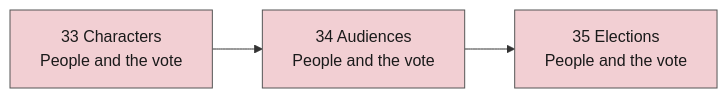
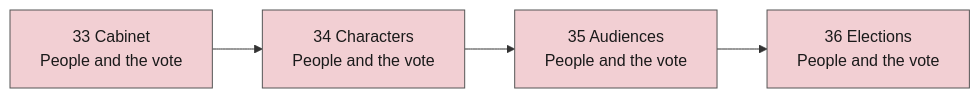
One commit to powerbassist/World-simulator changed the fifth of 5 diagrams in docs/tick-order.md. Above: the diagram before and after it, drawn with Mermaid. The commit also changed other lines of this file and 20 other files, not shown here.

````diff
--- a/docs/tick-order.md
+++ b/docs/tick-order.md
@@ -105,13 +105,14 @@
 ```mermaid
 flowchart LR
-  s33["33 Characters<br/>People and the vote"]:::g5
-  s34["34 Audiences<br/>People and the vote"]:::g5
-  s35["35 Elections<br/>People and the vote"]:::g5
-  s33 --> s34 --> s35
+  s33["33 Cabinet<br/>People and the vote"]:::g5
+  s34["34 Characters<br/>People and the vote"]:::g5
+  s35["35 Audiences<br/>People and the vote"]:::g5
+  s36["36 Elections<br/>People and the vote"]:::g5
+  s33 --> s34 --> s35 --> s36
   classDef g0 fill:#cfe3f7,stroke:#555,color:#1a1a1a
   classDef g1 fill:#f6dcc2,stroke:#555,color:#1a1a1a
   classDef g2 fill:#dccff0,stroke:#555,color:#1a1a1a
   classDef g3 fill:#cdebd3,stroke:#555,color:#1a1a1a
   classDef g4 fill:#f3e7b5,stroke:#555,color:#1a1a1a
   classDef g5 fill:#f2cfd3,stroke:#555,color:#1a1a1a
 ```
````
